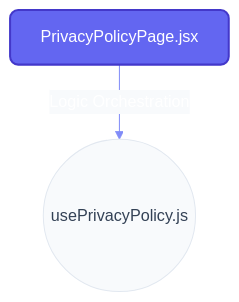
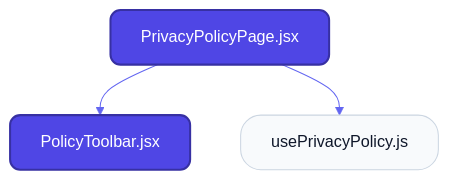
Before and after one commit to nexowebai/nexo-superadmin: the first of 2 diagrams in src/features/content/README.md, drawn with Mermaid. The commit also changed other lines of this file and 15 other files, not shown here.

````diff
--- a/src/features/content/README.md
+++ b/src/features/content/README.md
@@ -25,11 +12,13 @@
 ```mermaid
-%%{init: {'theme': 'base', 'themeVariables': { 'primaryColor': '#6366f1', 'primaryTextColor': '#fff', 'primaryBorderColor': '#4338ca', 'lineColor': '#818cf8', 'secondaryColor': '#f8fafc', 'tertiaryColor': '#e2e8f0'}}}%%
+%%{init: {'theme': 'neutral', 'themeVariables': { 'fontFamily': 'Inter', 'lineColor': '#6366f1' }}}%%
 graph TD
-    classDef page fill:#6366f1,stroke:#4338ca,stroke-width:2px,color:#fff,rx:8,ry:8;
-    classDef hook fill:#f8fafc,stroke:#e2e8f0,stroke-width:1px,color:#334155,rx:20,ry:20;
-    classDef service fill:#1e293b,stroke:#0f172a,stroke-width:2px,color:#f8fafc,rx:4,ry:4;
+    classDef page fill:#4f46e5,stroke:#3730a3,stroke-width:2px,color:#fff,rx:10,ry:10;
+    classDef hook fill:#f8fafc,stroke:#cbd5e1,stroke-width:1px,color:#0f172a,rx:20,ry:20;
+    classDef service fill:#0f172a,stroke:#000,stroke-width:2px,color:#f1f5f9,rx:5,ry:5;
 
-    PrivacyPolicyPage[PrivacyPolicyPage.jsx]:::page
-    PrivacyPolicyPage --"Logic Orchestration"--> usePrivacyPolicy
-    usePrivacyPolicy((usePrivacyPolicy.js)):::hook
+    PrivacyPolicyPagejsx["PrivacyPolicyPage.jsx"]:::page
+    usePrivacyPolicyjs["usePrivacyPolicy.js"]:::hook
+    PolicyToolbarjsx["PolicyToolbar.jsx"]:::page
+    PrivacyPolicyPagejsx --> PolicyToolbarjsx
+    PrivacyPolicyPagejsx --> usePrivacyPolicyjs
 ```
````
